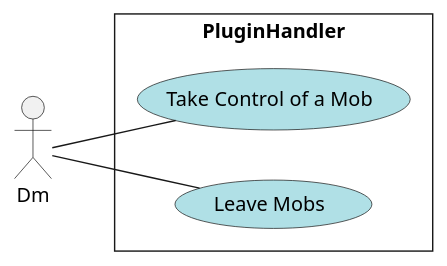
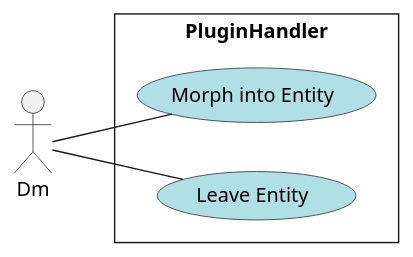
One commit to Jean-Lamarre/Johnytech6s_Plugin changed the diagram in docs/Model/dcu-control-mobs.plantuml. Above: the diagram before and after it, drawn with PlantUML. The commit also changed 1 other file, not shown here.

```diff
--- a/docs/Model/dcu-control-mobs.plantuml
+++ b/docs/Model/dcu-control-mobs.plantuml
@@ -1,13 +1,13 @@
 @startuml
 left to right direction
 skinparam style strictuml
 skinparam packageStyle rect
 skinparam defaultfontname Verdana
 actor Dm as dm
 rectangle "PluginHandler" {
-  (Take Control of a Mob) as JP #PowderBlue
-  (Leave Mobs) as R #PowderBlue
+  (Morph into Entity) as JP #PowderBlue
+  (Leave Entity) as R #PowderBlue
   dm -- JP
   dm -- R
 }
 @enduml
```
